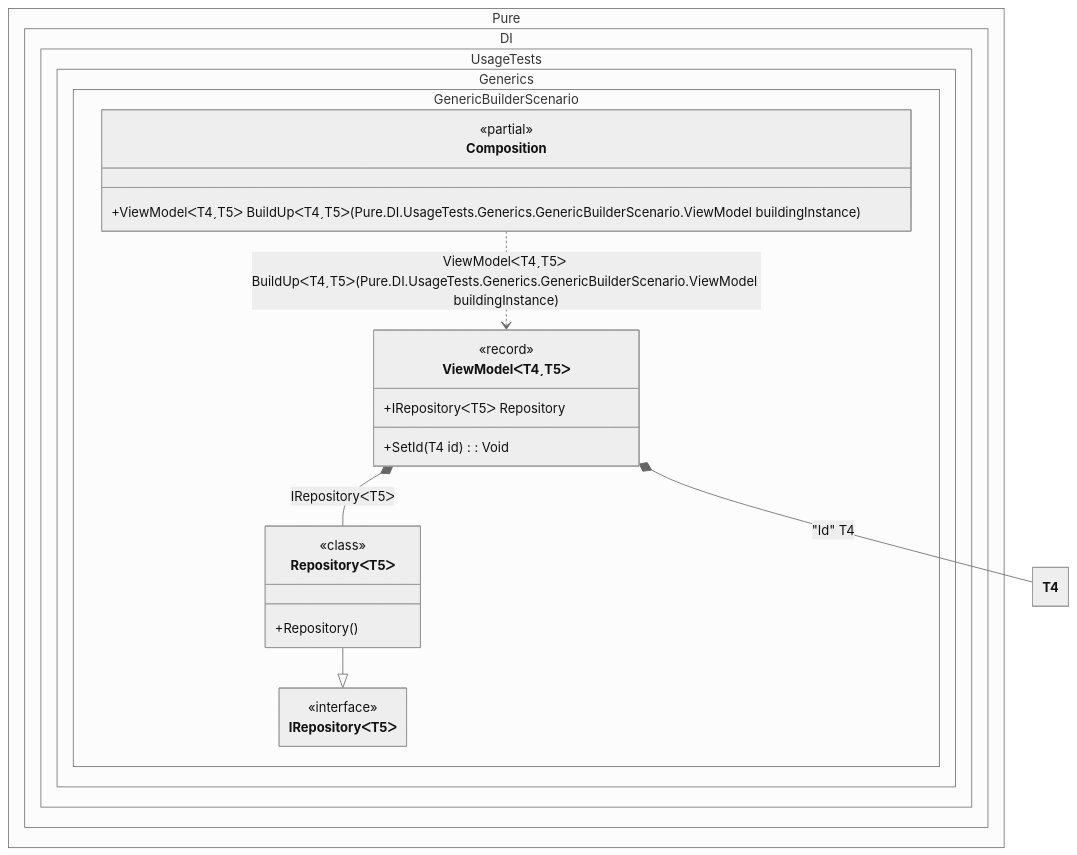
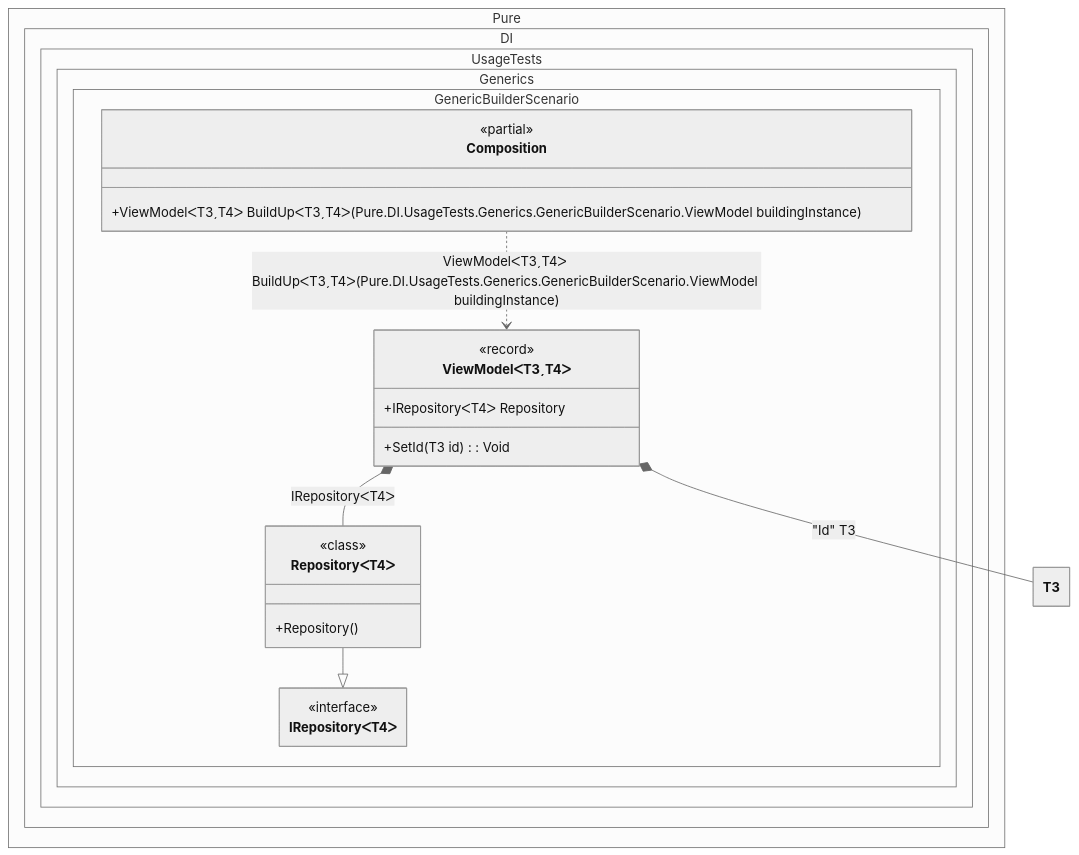
Before and after one commit to DevTeam/Pure.DI: the diagram in readme/generic-builder.md, drawn with Mermaid (neutral theme). The commit also changed other lines of this file and 169 other files, not shown here.

````diff
--- a/readme/generic-builder.md
+++ b/readme/generic-builder.md
@@ -119,32 +119,32 @@
 ```mermaid
 ---
  config:
   maxTextSize: 2147483647
   maxEdges: 2147483647
   class:
    hideEmptyMembersBox: true
 ---
 classDiagram
-	RepositoryᐸT5ᐳ --|> IRepositoryᐸT5ᐳ
-	Composition ..> ViewModelᐸT4ˏT5ᐳ : ViewModelᐸT4ˏT5ᐳ BuildUpᐸT4ˏT5ᐳ(Pure.DI.UsageTests.Generics.GenericBuilderScenario.ViewModel<T4, T5> buildingInstance)
-	ViewModelᐸT4ˏT5ᐳ *--  RepositoryᐸT5ᐳ : IRepositoryᐸT5ᐳ
-	ViewModelᐸT4ˏT5ᐳ *--  T4 : "Id"  T4
+	RepositoryᐸT4ᐳ --|> IRepositoryᐸT4ᐳ
+	Composition ..> ViewModelᐸT3ˏT4ᐳ : ViewModelᐸT3ˏT4ᐳ BuildUpᐸT3ˏT4ᐳ(Pure.DI.UsageTests.Generics.GenericBuilderScenario.ViewModel<T3, T4> buildingInstance)
+	ViewModelᐸT3ˏT4ᐳ *--  RepositoryᐸT4ᐳ : IRepositoryᐸT4ᐳ
+	ViewModelᐸT3ˏT4ᐳ *--  T3 : "Id"  T3
 	namespace Pure.DI.UsageTests.Generics.GenericBuilderScenario {
 		class Composition {
 		<<partial>>
-		+ViewModelᐸT4ˏT5ᐳ BuildUpᐸT4ˏT5ᐳ(Pure.DI.UsageTests.Generics.GenericBuilderScenario.ViewModel<T4, T5> buildingInstance)
+		+ViewModelᐸT3ˏT4ᐳ BuildUpᐸT3ˏT4ᐳ(Pure.DI.UsageTests.Generics.GenericBuilderScenario.ViewModel<T3, T4> buildingInstance)
 		}
-		class IRepositoryᐸT5ᐳ {
+		class IRepositoryᐸT4ᐳ {
 			<<interface>>
 		}
-		class RepositoryᐸT5ᐳ {
+		class RepositoryᐸT4ᐳ {
 				<<class>>
 			+Repository()
 		}
-		class ViewModelᐸT4ˏT5ᐳ {
+		class ViewModelᐸT3ˏT4ᐳ {
 				<<record>>
-			+IRepositoryᐸT5ᐳ Repository
-			+SetId(T4 id) : Void
+			+IRepositoryᐸT4ᐳ Repository
+			+SetId(T3 id) : Void
 		}
 	}
 ```
````
